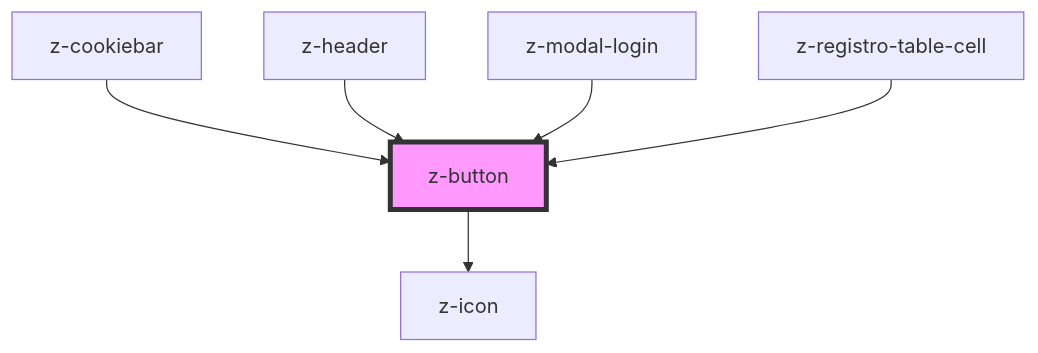
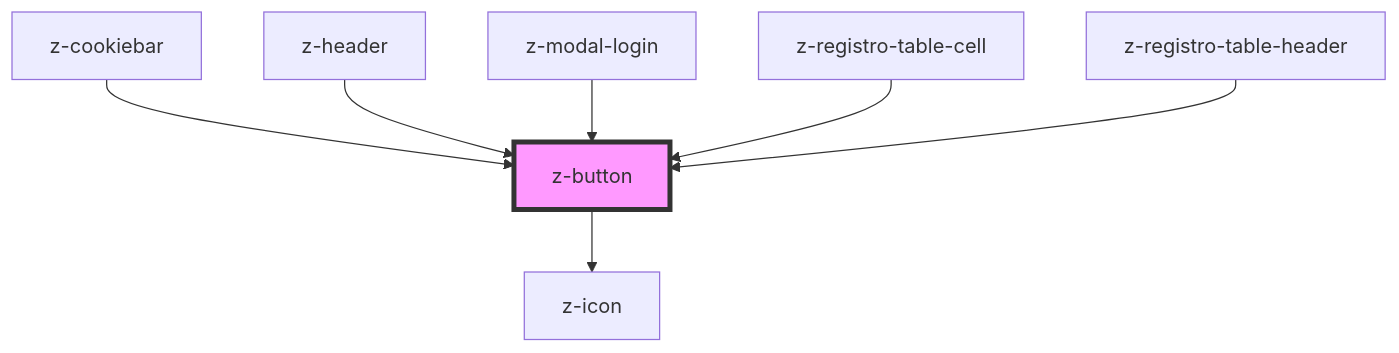
One commit to ZanichelliEditore/design-system changed the diagram in src/components/buttons/z-button/readme.md. Above: the diagram before and after it, drawn with Mermaid. The commit also changed other lines of this file and 4 other files, not shown here.

Commit message:
test(CLAV-69): Add test to z-registro-table-header

````diff
--- a/src/components/buttons/z-button/readme.md
+++ b/src/components/buttons/z-button/readme.md
@@ -67,9 +68,10 @@
 ```mermaid
 graph TD;
   z-button --> z-icon
   z-cookiebar --> z-button
   z-header --> z-button
   z-modal-login --> z-button
   z-registro-table-cell --> z-button
+  z-registro-table-header --> z-button
   style z-button fill:#f9f,stroke:#333,stroke-width:4px
 ```
````
